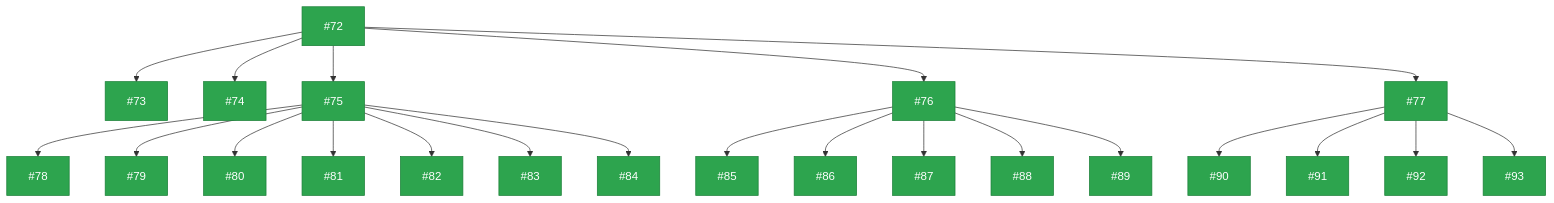
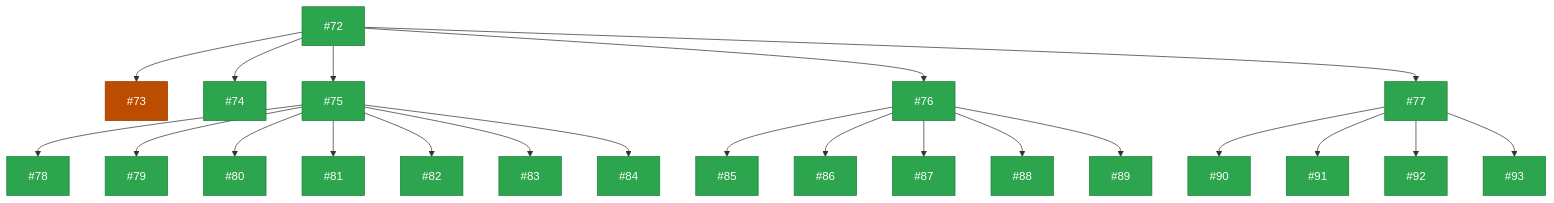
One commit to zappfish/zapp-requirements-tracker changed the eighth of 9 diagrams in README.md. Above: the diagram before and after it, drawn with Mermaid. The commit also changed other lines of this file, not shown here.

Commit message:
Update WBS diagram colors to match project board statuses (#116)

````diff
--- a/README.md
+++ b/README.md
@@ -376,63 +376,63 @@
 ```mermaid
 graph TD
     R6["#72"]:::backlog
 
-    R6A["#73"]:::backlog
+    R6A["#73"]:::done
     R6B["#74"]:::backlog
     R6C["#75"]:::backlog
     R6D["#76"]:::backlog
     R6E["#77"]:::backlog
     R6 --> R6A & R6B & R6C & R6D & R6E
 
     R6C1["#78"]:::backlog
     R6C2["#79"]:::backlog
     R6C3["#80"]:::backlog
     R6C4["#81"]:::backlog
     R6C5["#82"]:::backlog
     R6C6["#83"]:::backlog
     R6C7["#84"]:::backlog
     R6C --> R6C1 & R6C2 & R6C3 & R6C4 & R6C5 & R6C6 & R6C7
 
     R6D1["#85"]:::backlog
     R6D2["#86"]:::backlog
     R6D3["#87"]:::backlog
     R6D4["#88"]:::backlog
     R6D5["#89"]:::backlog
     R6D --> R6D1 & R6D2 & R6D3 & R6D4 & R6D5
 
     R6E1["#90"]:::backlog
     R6E2["#91"]:::backlog
     R6E3["#92"]:::backlog
     R6E4["#93"]:::backlog
     R6E --> R6E1 & R6E2 & R6E3 & R6E4
 
     click R6 href "https://github.com/zappfish/zapp-requirements-tracker/issues/72" _blank
     click R6A href "https://github.com/zappfish/zapp-requirements-tracker/issues/73" _blank
     click R6B href "https://github.com/zappfish/zapp-requirements-tracker/issues/74" _blank
     click R6C href "https://github.com/zappfish/zapp-requirements-tracker/issues/75" _blank
     click R6D href "https://github.com/zappfish/zapp-requirements-tracker/issues/76" _blank
     click R6E href "https://github.com/zappfish/zapp-requirements-tracker/issues/77" _blank
     click R6C1 href "https://github.com/zappfish/zapp-requirements-tracker/issues/78" _blank
     click R6C2 href "https://github.com/zappfish/zapp-requirements-tracker/issues/79" _blank
     click R6C3 href "https://github.com/zappfish/zapp-requirements-tracker/issues/80" _blank
     click R6C4 href "https://github.com/zappfish/zapp-requirements-tracker/issues/81" _blank
     click R6C5 href "https://github.com/zappfish/zapp-requirements-tracker/issues/82" _blank
     click R6C6 href "https://github.com/zappfish/zapp-requirements-tracker/issues/83" _blank
     click R6C7 href "https://github.com/zappfish/zapp-requirements-tracker/issues/84" _blank
     click R6D1 href "https://github.com/zappfish/zapp-requirements-tracker/issues/85" _blank
     click R6D2 href "https://github.com/zappfish/zapp-requirements-tracker/issues/86" _blank
     click R6D3 href "https://github.com/zappfish/zapp-requirements-tracker/issues/87" _blank
     click R6D4 href "https://github.com/zappfish/zapp-requirements-tracker/issues/88" _blank
     click R6D5 href "https://github.com/zappfish/zapp-requirements-tracker/issues/89" _blank
     click R6E1 href "https://github.com/zappfish/zapp-requirements-tracker/issues/90" _blank
     click R6E2 href "https://github.com/zappfish/zapp-requirements-tracker/issues/91" _blank
     click R6E3 href "https://github.com/zappfish/zapp-requirements-tracker/issues/92" _blank
     click R6E4 href "https://github.com/zappfish/zapp-requirements-tracker/issues/93" _blank
 
     classDef backlog fill:#2da44e,stroke:#1a7f37,color:#fff
     classDef upnext fill:#0969da,stroke:#0550ae,color:#fff
     classDef inprogress fill:#bf8700,stroke:#9a6700,color:#fff
     classDef inreview fill:#8250df,stroke:#6639ba,color:#fff
     classDef stable fill:#bf3989,stroke:#99306f,color:#fff
     classDef done fill:#bc4c00,stroke:#953800,color:#fff
 ```
````
